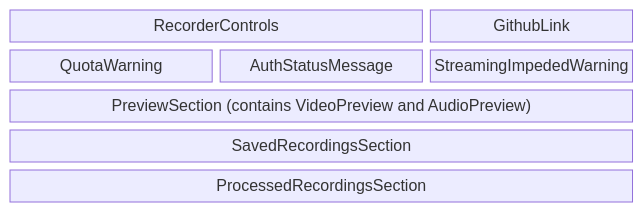
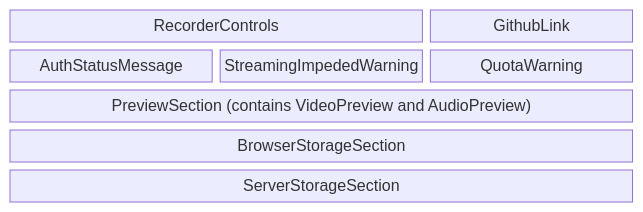
Before and after one commit to fknauf/ise-recorder: the third of 4 diagrams in frontend/doc/README.md, drawn with Mermaid. The commit also changed other lines of this file and 12 other files, not shown here.

````diff
--- a/frontend/doc/README.md
+++ b/frontend/doc/README.md
@@ -282,9 +295,9 @@
 ```mermaid
 block
 columns 3
 controls["RecorderControls"]:2 ghlink["GithubLink"]
-quota["QuotaWarning"]:1 auth_status["AuthStatusMessage"]:1 stream_imp["StreamingImpededWarning"]:1
+auth_status["AuthStatusMessage"]:1 stream_imp["StreamingImpededWarning"]:1 quota["QuotaWarning"]:1
 previews["PreviewSection (contains VideoPreview and AudioPreview)"]:3
-saved_recordings["SavedRecordingsSection"]:3
-processed_recordings["ProcessedRecordingsSection"]:3
+saved_recordings["BrowserStorageSection"]:3
+processed_recordings["ServerStorageSection"]:3
 ```
````
